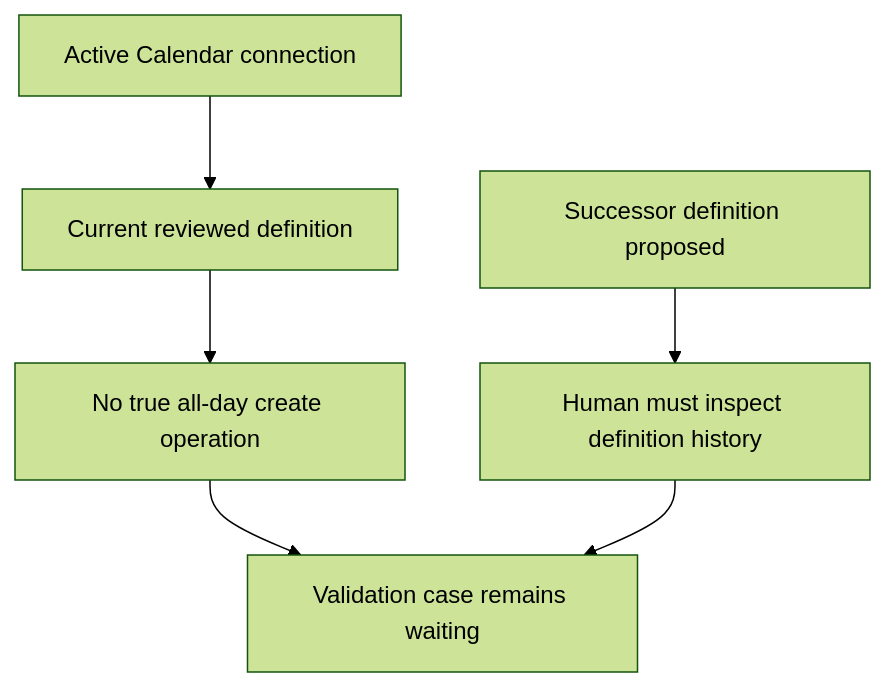
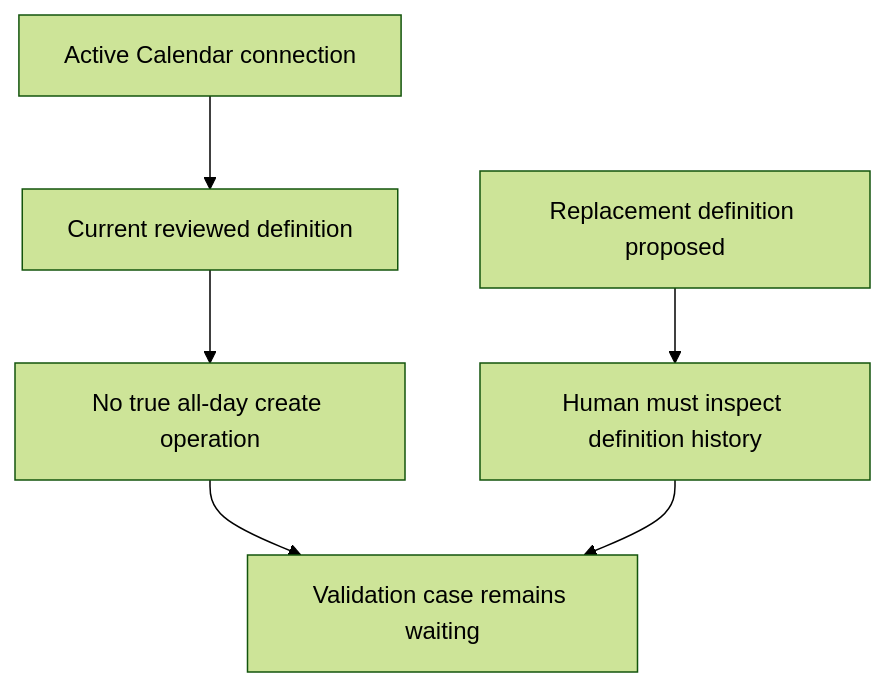
Diagram 21 of 29 in docs/superpowers/plans/2026-08-08-noema-practical-reliability-roadmap.md (kpsuperplane/Noema), drawn with Mermaid (forest theme) before and after one commit. The commit also changed other lines of this file, not shown here.

Commit message:
docs: apply plain terms across roadmap

````diff
--- a/docs/superpowers/plans/2026-08-08-noema-practical-reliability-roadmap.md
+++ b/docs/superpowers/plans/2026-08-08-noema-practical-reliability-roadmap.md
@@ -1242,12 +1252,12 @@
 ```mermaid
 flowchart TD
     A["Active Calendar connection"]
     B["Current reviewed definition"]
     C["No true all-day create operation"]
-    D["Successor definition proposed"]
+    D["Replacement definition proposed"]
     E["Human must inspect definition history"]
     F["Validation case remains waiting"]
 
     A --> B --> C --> F
     D --> E --> F
 ```
````
